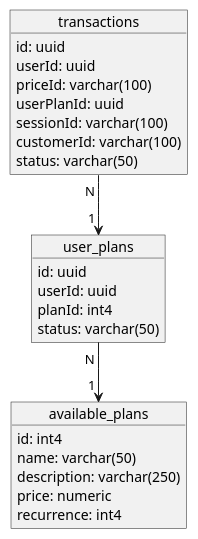
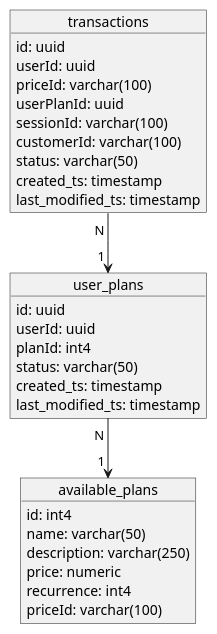
One commit to talentaz/subscription_manager changed the diagram in README.md. Above: the diagram before and after it, drawn with PlantUML. The commit also changed other lines of this file, not shown here.

````diff
--- a/README.md
+++ b/README.md
@@ -17,30 +17,35 @@
 ```plantuml
 object transactions {
   id: uuid
   userId: uuid
   priceId: varchar(100)
   userPlanId: uuid
   sessionId: varchar(100)
   customerId: varchar(100)
   status: varchar(50)
+  created_ts: timestamp
+  last_modified_ts: timestamp
 }
 
 object user_plans {
   id: uuid
   userId: uuid
   planId: int4
   status: varchar(50)
+  created_ts: timestamp
+  last_modified_ts: timestamp
 }
 
 object available_plans {
   id: int4
   name: varchar(50)
   description: varchar(250)
   price: numeric
   recurrence: int4
+  priceId: varchar(100)  
 }
 
 
 transactions "N " --> "1 " user_plans
 user_plans "N " --> "1 " available_plans
 ```
````
